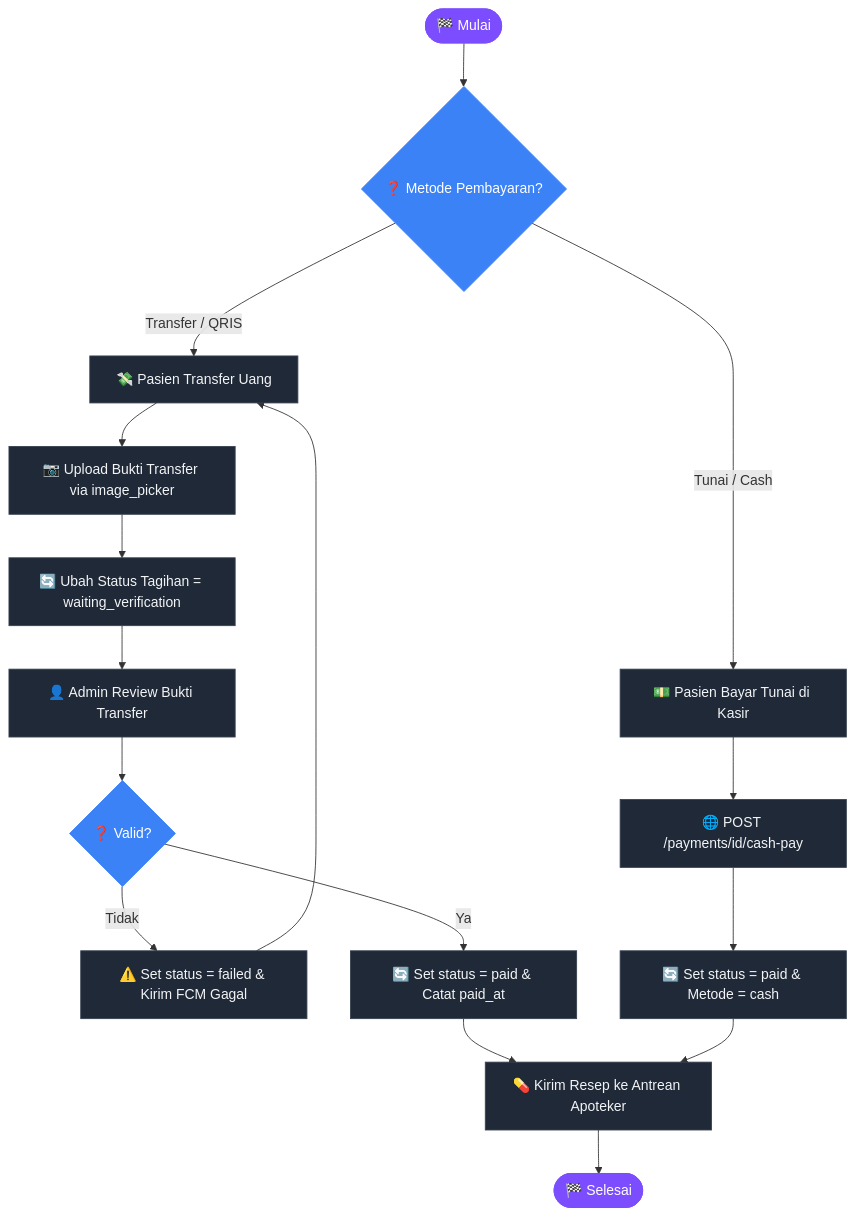
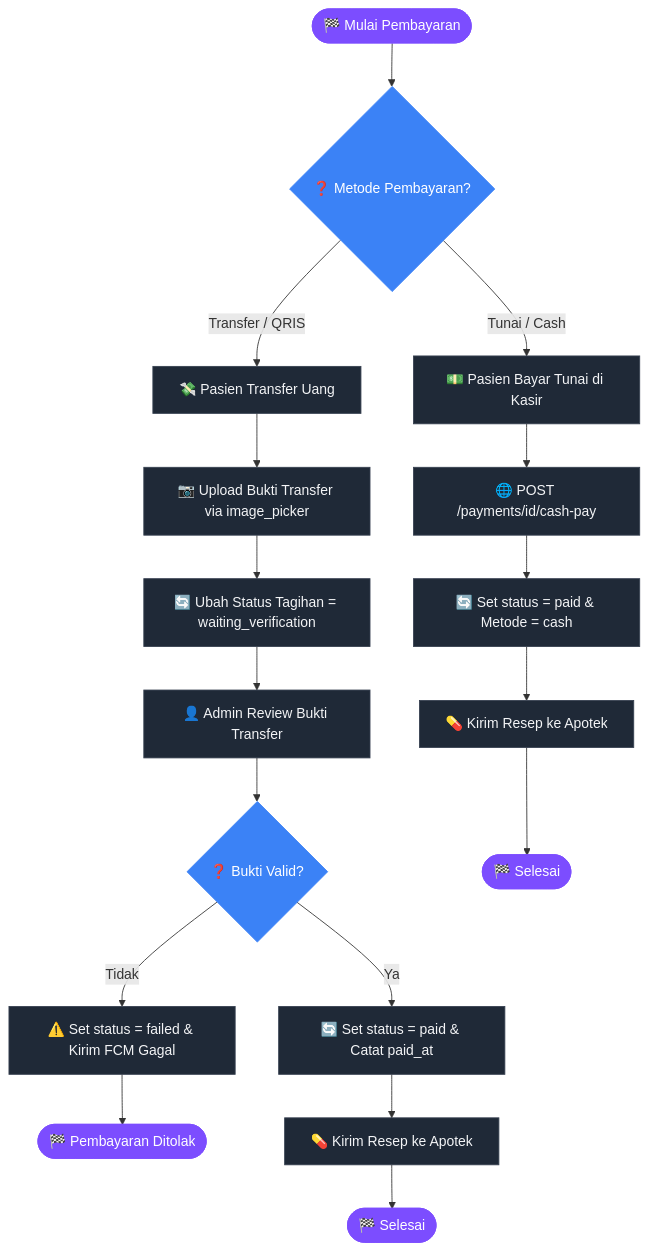
The eighth of 10 diagrams in dokumentasi/ALUR_BISNIS.md (Rezi14/NalaSeva-Mobile-Test), drawn with Mermaid before and after one commit. The commit also changed other lines of this file, not shown here.

````diff
--- a/dokumentasi/ALUR_BISNIS.md
+++ b/dokumentasi/ALUR_BISNIS.md
@@ -299,23 +303,21 @@
 ```mermaid
 flowchart TD
     classDef default fill:#1f2937,stroke:#374151,stroke-width:1px,color:#f3f4f6;
     classDef startEnd fill:#7c4dff,stroke:#7c4dff,color:#fff;
     classDef decision fill:#3b82f6,stroke:#3b82f6,color:#fff;
 
-    Start([🏁 Mulai]):::startEnd --> Method{❓ Metode Pembayaran?}:::decision
+    Start([🏁 Mulai Pembayaran]):::startEnd --> Method{❓ Metode Pembayaran?}:::decision
     
     Method -- Transfer / QRIS --> Transfer[💸 Pasien Transfer Uang]
     Transfer --> Upload[📷 Upload Bukti Transfer via image_picker]
     Upload --> Waiting[🔄 Ubah Status Tagihan = waiting_verification]
     Waiting --> Review[👤 Admin Review Bukti Transfer]
-    Review --> Valid{❓ Valid?}:::decision
+    Review --> Valid{❓ Bukti Valid?}:::decision
     
-    Valid -- Tidak --> Reject[⚠️ Set status = failed & Kirim FCM Gagal] --> Transfer
-    Valid -- Ya --> Approve[🔄 Set status = paid & Catat paid_at] --> SendRx
+    Valid -- Tidak --> Reject[⚠️ Set status = failed & Kirim FCM Gagal] --> EndFail([🏁 Pembayaran Ditolak]):::startEnd
+    Valid -- Ya --> Approve[🔄 Set status = paid & Catat paid_at] --> SendRx1[💊 Kirim Resep ke Apotek] --> Done1([🏁 Selesai]):::startEnd
     
     Method -- Tunai / Cash --> Cash[💵 Pasien Bayar Tunai di Kasir]
     Cash --> CashAPI[🌐 POST /payments/id/cash-pay]
-    CashAPI --> Paid[🔄 Set status = paid & Metode = cash] --> SendRx
-    
-    SendRx[💊 Kirim Resep ke Antrean Apoteker] --> Done([🏁 Selesai]):::startEnd
+    CashAPI --> Paid[🔄 Set status = paid & Metode = cash] --> SendRx2[💊 Kirim Resep ke Apotek] --> Done2([🏁 Selesai]):::startEnd
 ```
````
